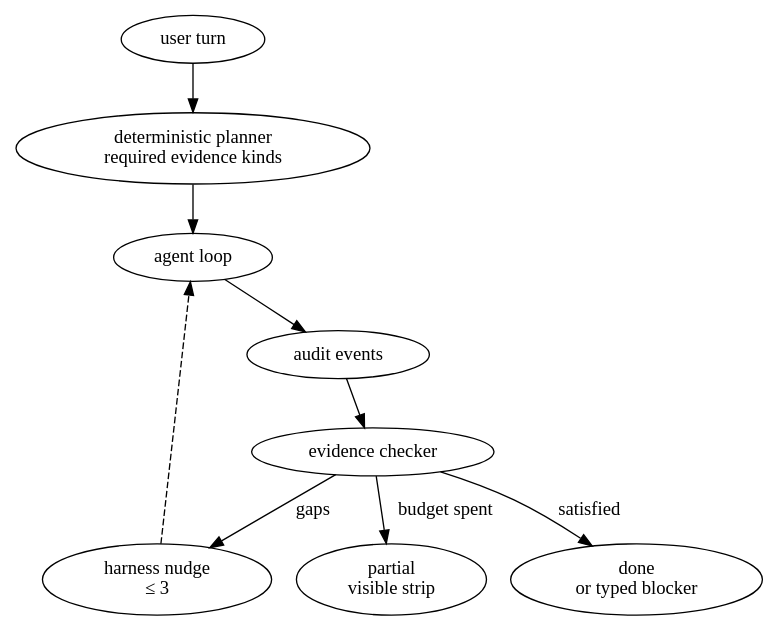
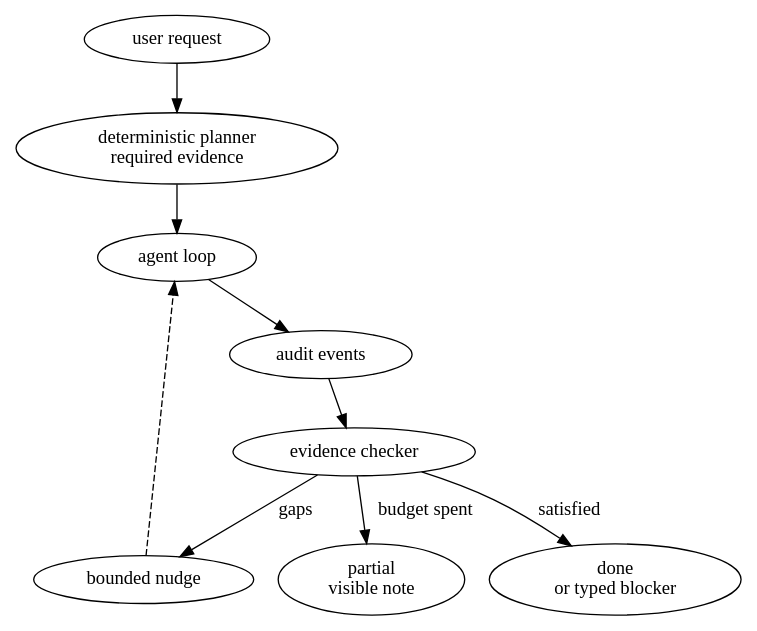
The diagram in src/assets/blog-diagrams/15-ai-agent-evals-verified-outcomes-failure-tests.dot (Shaunfurtado/Shaunfurtado.github.io), drawn with Graphviz before and after one commit. The commit also changed 31 other files, not shown here.

```diff
--- a/src/assets/blog-diagrams/15-ai-agent-evals-verified-outcomes-failure-tests.dot
+++ b/src/assets/blog-diagrams/15-ai-agent-evals-verified-outcomes-failure-tests.dot
@@ -1,16 +1,16 @@
 digraph evals {
 rankdir=TB;
-turn [label="user turn"];
-plan [label="deterministic planner\nrequired evidence kinds"];
+turn [label="user request"];
+plan [label="deterministic planner\nrequired evidence"];
 loop [label="agent loop"];
 audit [label="audit events"];
 check [label="evidence checker", class="key"];
 done [label="done\nor typed blocker"];
-nudge [label="harness nudge\n≤ 3"];
-partial [label="partial\nvisible strip", class="ghost"];
+nudge [label="bounded nudge"];
+partial [label="partial\nvisible note", class="ghost"];
 turn -> plan -> loop -> audit -> check;
 check -> done [label="satisfied"];
 check -> nudge [label="gaps"];
 nudge -> loop [style=dashed];
 check -> partial [label="budget spent"];
 }
```
